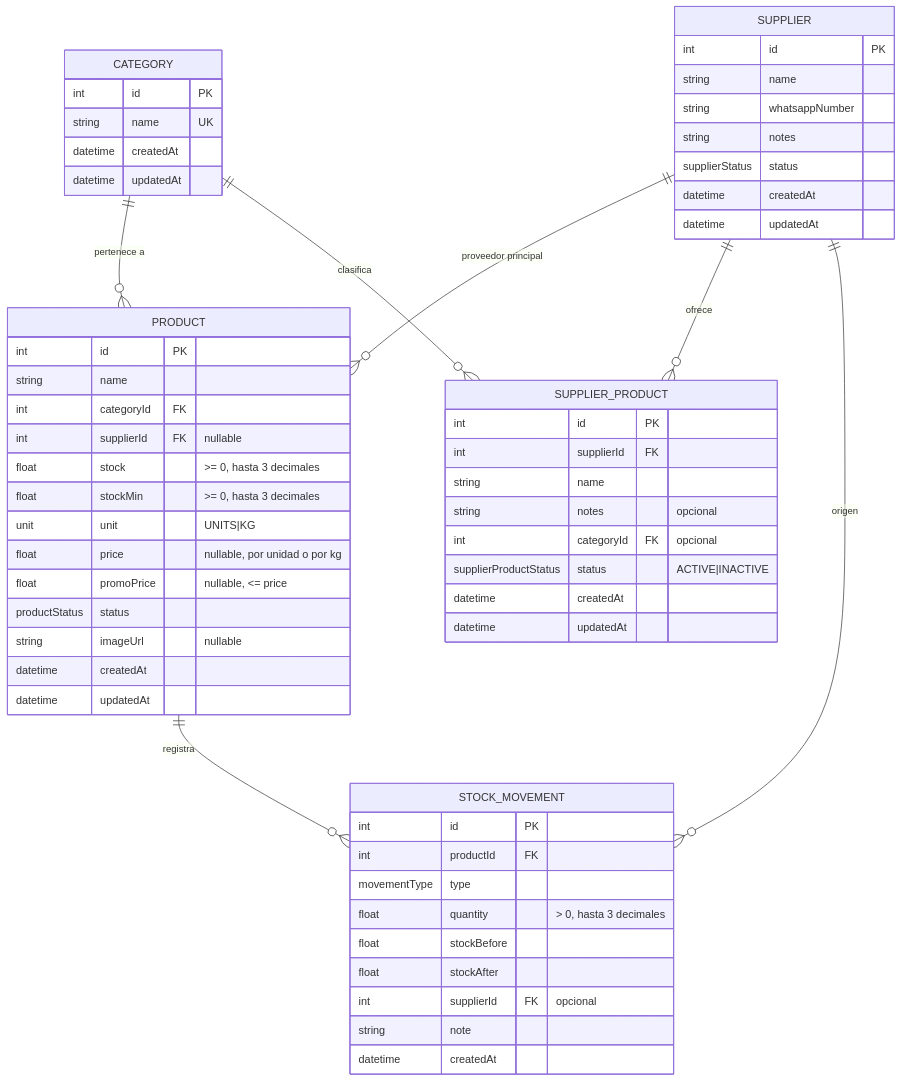
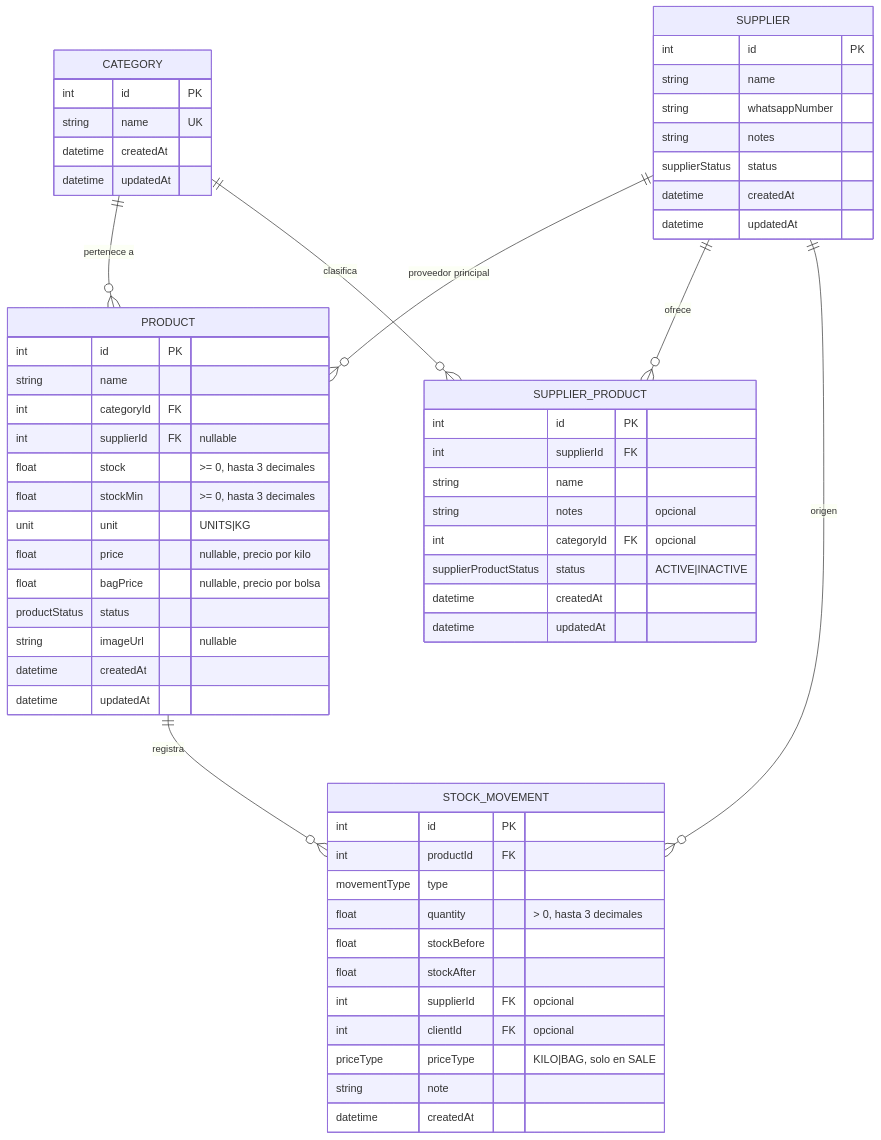
Before and after one commit to Ths-c/La-cucha: the diagram in docs/database.md, drawn with Mermaid. The commit also changed other lines of this file and 25 other files, not shown here.

Commit message:
feat: precio por kilo y por bolsa, priceType en ventas

````diff
--- a/docs/database.md
+++ b/docs/database.md
@@ -9,61 +9,63 @@
 ```mermaid
 erDiagram
     CATEGORY ||--o{ PRODUCT : "pertenece a"
     SUPPLIER ||--o{ PRODUCT : "proveedor principal"
     SUPPLIER ||--o{ SUPPLIER_PRODUCT : "ofrece"
     CATEGORY ||--o{ SUPPLIER_PRODUCT : "clasifica"
     PRODUCT ||--o{ STOCK_MOVEMENT : "registra"
     SUPPLIER ||--o{ STOCK_MOVEMENT : "origen"
 
     CATEGORY {
         int id PK
         string name UK
         datetime createdAt
         datetime updatedAt
     }
     SUPPLIER {
         int id PK
         string name
         string whatsappNumber
         string notes
         supplierStatus status
         datetime createdAt
         datetime updatedAt
     }
     PRODUCT {
         int id PK
         string name
         int categoryId FK
         int supplierId FK "nullable"
         float stock ">= 0, hasta 3 decimales"
         float stockMin ">= 0, hasta 3 decimales"
         unit unit "UNITS|KG"
-        float price "nullable, por unidad o por kg"
-        float promoPrice "nullable, <= price"
+        float price "nullable, precio por kilo"
+        float bagPrice "nullable, precio por bolsa"
         productStatus status
         string imageUrl "nullable"
         datetime createdAt
         datetime updatedAt
     }
     SUPPLIER_PRODUCT {
         int id PK
         int supplierId FK
         string name
         string notes "opcional"
         int categoryId FK "opcional"
         supplierProductStatus status "ACTIVE|INACTIVE"
         datetime createdAt
         datetime updatedAt
     }
     STOCK_MOVEMENT {
         int id PK
         int productId FK
         movementType type
         float quantity "> 0, hasta 3 decimales"
         float stockBefore
         float stockAfter
         int supplierId FK "opcional"
+        int clientId FK "opcional"
+        priceType priceType "KILO|BAG, solo en SALE"
         string note
         datetime createdAt
     }
 ```
````
